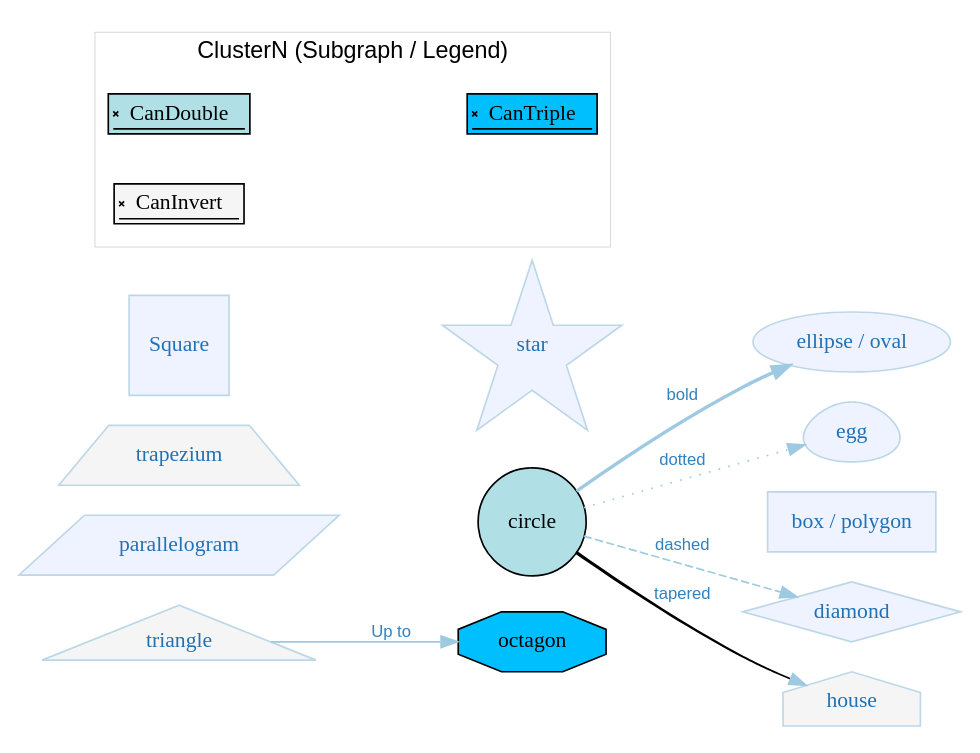
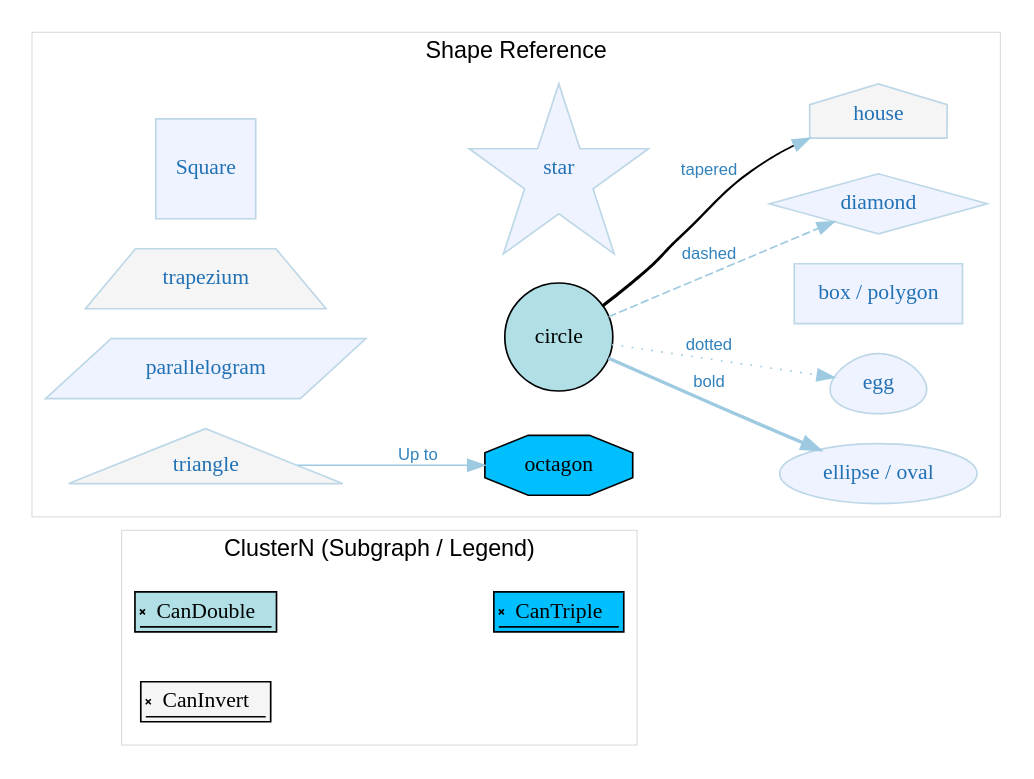
One commit to JoshuaFlesner/DaC_Reference changed the diagram in GraphVizRef.gv. Above: the diagram before and after it, drawn with Graphviz.

```diff
--- a/GraphVizRef.gv
+++ b/GraphVizRef.gv
@@ -1,81 +1,87 @@
 digraph G {
     rankdir=LR;
     fontname="sans-serif";
     penwidth="0.1";
     edge [comment="Wildcard edge", 
           fontname="sans-serif", 
           fontsize=10, 
           colorscheme="blues3", 
           color=2, 
           fontcolor=3];
     node [fontname="serif", 
           fontsize=13, 
           fillcolor="1", 
           colorscheme="blues4", 
           color="2", 
           fontcolor="4", 
           style="filled"];
-    "Oval" [label="ellipse / oval"];
-    "Circle" [shape="circle", 
-              colorscheme="svg", 
-              fillcolor="powderblue", 
-              label="circle"];
-    "Square" [shape="square"];
-    "Egg" [shape="egg", 
-           label="egg"];
-    "Box" [shape="polygon", 
-           label="box / polygon"];
-    "Diamond" [shape="diamond", 
-               label="diamond"];
-    "Trapezium" [shape="trapezium", 
-                 fillcolor="whitesmoke", 
-                 label="trapezium"];
-    "Parallel" [shape="parallelogram", 
-                label="parallelogram"];
-    "House" [shape="house", 
-             fillcolor="whitesmoke", 
-             label="house"];
-    "Triangle" [shape="triangle", 
-                fillcolor="whitesmoke", 
-                label="triangle"];
-    "Octagon" [shape="octagon", 
-               label="octagon", 
-               fillcolor="deepskyblue", 
-               colorscheme="svg"];
-    Circle -> Oval  [style="bold", 
-                     label="bold"];
-    Circle -> Box  [style="invis", 
-                    label="dashed"];
-    Circle -> Diamond  [style="dashed", 
-                        label="dashed"];
-    Circle -> House  [style="tapered", 
-                      label="tapered"];
-    Circle -> Egg  [style="dotted", 
-                    label="dotted"];
-    Parallel -> Circle  [style="invis"];
-    Triangle -> Circle  [style="invis"];
-    Triangle -> Octagon  [style="solid", 
-                          label="Up to"];
-    Trapezium -> Circle  [style="invis"];
-    Square -> Circle  [style="invis"];
-    Square -> Star  [style="invis"];
     subgraph "clusterLegend" {
         label="ClusterN (Subgraph / Legend)";
         edge [comment="subgraph edge wildcard"];
         node [comment="subgraph node wildcard"];
         "CanDouble" [shape="signature", 
                      fillcolor="powderblue", 
                      colorscheme="svg"];
         "CanTriple" [shape="signature", 
                      fillcolor="deepskyblue", 
                      colorscheme="svg"];
         "CanInvert" [shape="signature", 
                      fillcolor="whitesmoke", 
                      colorscheme="svg"];
         "CanDouble" -> "CanTriple"  [style="invis"];
         edge [style=invisible];
     }
 
-    "Star" [shape="star", 
-            label="star"];
+    subgraph "clusterShapes" {
+        label="Shape Reference";
+        edge [comment="Wildcard node added automatic in EG."];
+        node [comment="Wildcard node added automatic in EG."];
+        "Oval" [label="ellipse / oval"];
+        "Circle" [shape="circle", 
+                  label="circle", 
+                  fillcolor="powderblue", 
+                  colorscheme="svg"];
+        "Square" [shape="square"];
+        "Egg" [shape="egg", 
+               label="egg"];
+        "Box" [shape="polygon", 
+               label="box / polygon"];
+        "Diamond" [shape="diamond", 
+                   label="diamond"];
+        "Trapezium" [shape="trapezium", 
+                     fillcolor="whitesmoke", 
+                     label="trapezium"];
+        "Parallel" [shape="parallelogram", 
+                    label="parallelogram"];
+        "House" [shape="house", 
+                 fillcolor="whitesmoke", 
+                 label="house"];
+        "Triangle" [shape="triangle", 
+                    fillcolor="whitesmoke", 
+                    label="triangle"];
+        "Octagon" [shape="octagon", 
+                   colorscheme="svg", 
+                   fillcolor="deepskyblue", 
+                   label="octagon"];
+        "Star" [shape="star", 
+                label="star"];
+        Circle -> Oval  [style="bold", 
+                         label="bold"];
+        Circle -> Box  [style="invis", 
+                        label="dashed"];
+        Circle -> Diamond  [style="dashed", 
+                            label="dashed"];
+        Circle -> House  [style="tapered", 
+                          label="tapered"];
+        Circle -> Egg  [style="dotted", 
+                        label="dotted"];
+        Parallel -> Circle  [style="invis"];
+        Triangle -> Circle  [style="invis"];
+        Triangle -> Octagon  [style="solid", 
+                              label="Up to"];
+        Trapezium -> Circle  [style="invis"];
+        Square -> Circle  [style="invis"];
+        Square -> Star  [style="invis"];
+    }
+
 }
```
